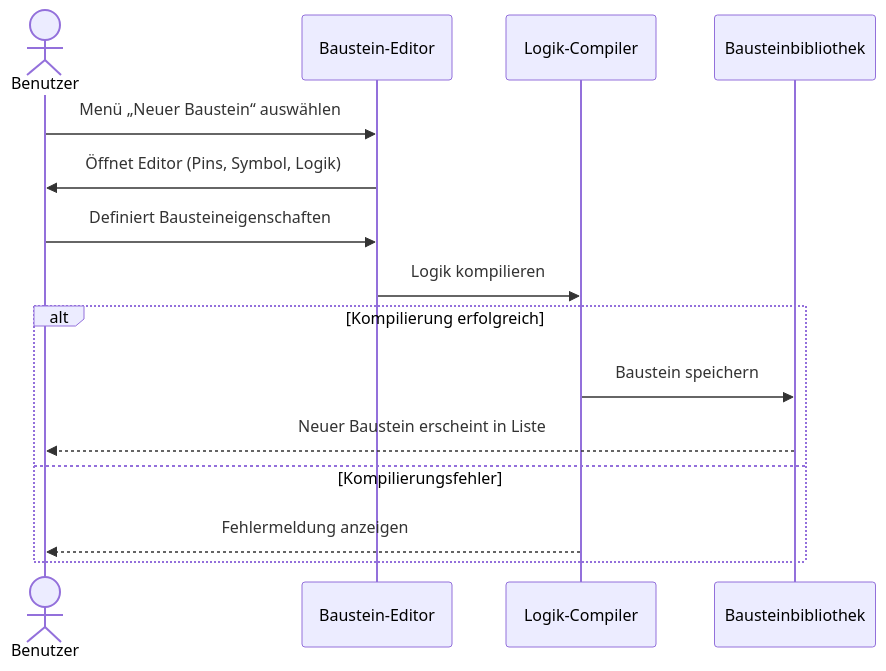
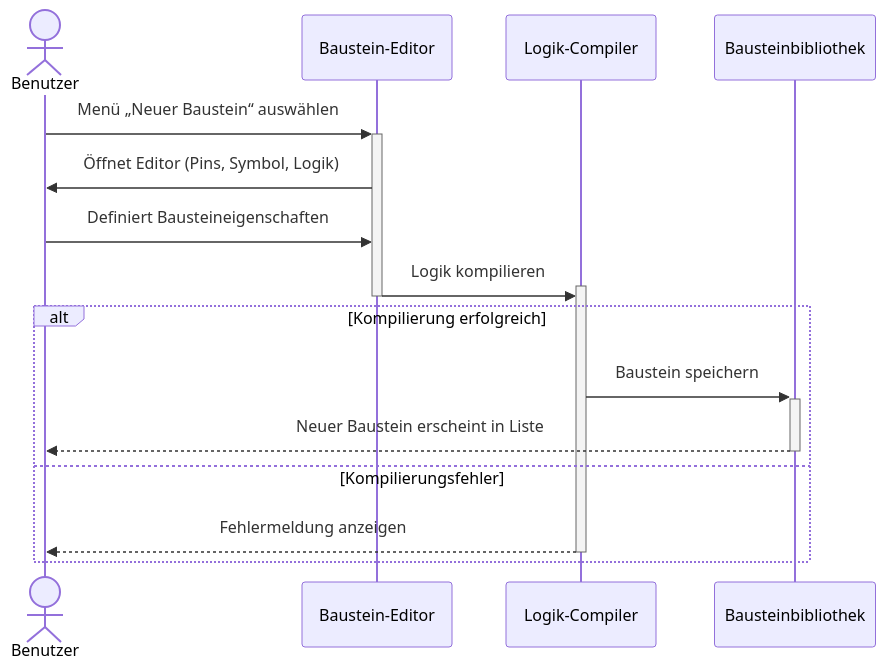
Before and after one commit to SimonJ2222/BitFlow: the ninth of 22 diagrams in docs/use_cases/software_requirements_specification.md, drawn with Mermaid. The commit also changed other lines of this file, not shown here.

Commit message:
Added activations and deactivations to all Sequence Diagrams

````diff
--- a/docs/use_cases/software_requirements_specification.md
+++ b/docs/use_cases/software_requirements_specification.md
@@ -428,19 +434,20 @@
 ```mermaid
 sequenceDiagram
     actor Benutzer
-    participant System as Baustein-Editor
+    participant Editor as Baustein-Editor
     participant Compiler as Logik-Compiler
     participant Bibliothek as Bausteinbibliothek
 
-    Benutzer ->> System: Menü „Neuer Baustein“ auswählen
-    System ->> Benutzer: Öffnet Editor (Pins, Symbol, Logik)
-    Benutzer ->> System: Definiert Bausteineigenschaften
-    System ->> Compiler: Logik kompilieren
+    Benutzer ->>+ Editor: Menü „Neuer Baustein“ auswählen
+    Editor ->> Benutzer: Öffnet Editor (Pins, Symbol, Logik)
+    Benutzer ->> Editor: Definiert Bausteineigenschaften
+    Editor ->>+ Compiler: Logik kompilieren
+    deactivate Editor
     alt Kompilierung erfolgreich
-        Compiler ->> Bibliothek: Baustein speichern
-        Bibliothek -->> Benutzer: Neuer Baustein erscheint in Liste
+        Compiler ->>+ Bibliothek: Baustein speichern
+        Bibliothek -->>- Benutzer: Neuer Baustein erscheint in Liste
     else Kompilierungsfehler
-        Compiler -->> Benutzer: Fehlermeldung anzeigen
+        Compiler -->>- Benutzer: Fehlermeldung anzeigen
     end
 
 ```
````
